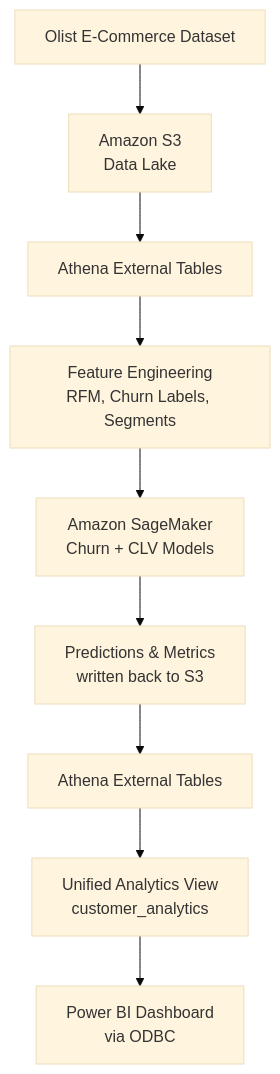
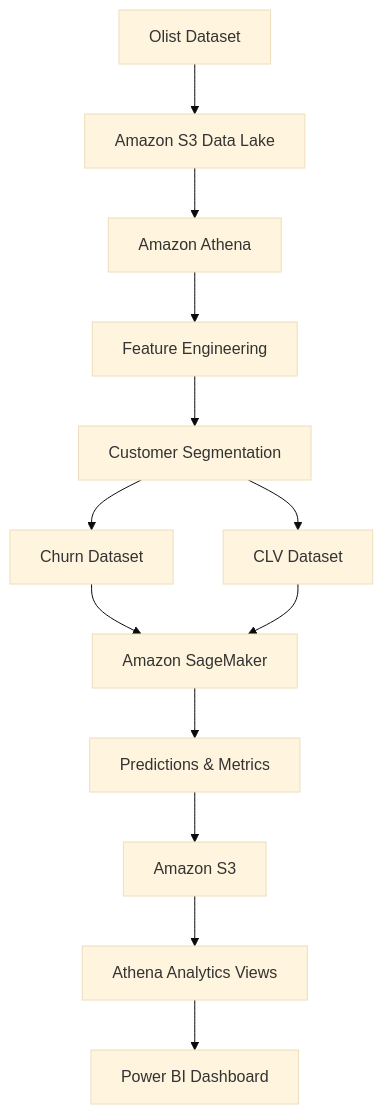
Before and after one commit to Rimas-Codes/Customer-Lifetime-Value-CLV-and-Churn: the diagram in README.md, drawn with Mermaid (base theme). The commit also changed other lines of this file, not shown here.

````diff
--- a/README.md
+++ b/README.md
@@ -64,11 +128,28 @@
 ```mermaid
 flowchart TD
-    A[Olist E-Commerce Dataset] --> B[Amazon S3<br/>Data Lake]
-    B --> C[Athena External Tables]
-    C --> D[Feature Engineering<br/>RFM, Churn Labels, Segments]
-    D --> E[Amazon SageMaker<br/>Churn + CLV Models]
-    E --> F[Predictions & Metrics<br/>written back to S3]
-    F --> G[Athena External Tables]
-    G --> H[Unified Analytics View<br/>customer_analytics]
-    H --> I[Power BI Dashboard<br/>via ODBC]
+
+A[Olist Dataset]
+--> B[Amazon S3 Data Lake]
+
+B --> C[Amazon Athena]
+
+C --> D[Feature Engineering]
+
+D --> E[Customer Segmentation]
+
+E --> F[Churn Dataset]
+
+E --> G[CLV Dataset]
+
+F --> H[Amazon SageMaker]
+
+G --> H
+
+H --> I[Predictions & Metrics]
+
+I --> J[Amazon S3]
+
+J --> K[Athena Analytics Views]
+
+K --> L[Power BI Dashboard]
 ```
````
